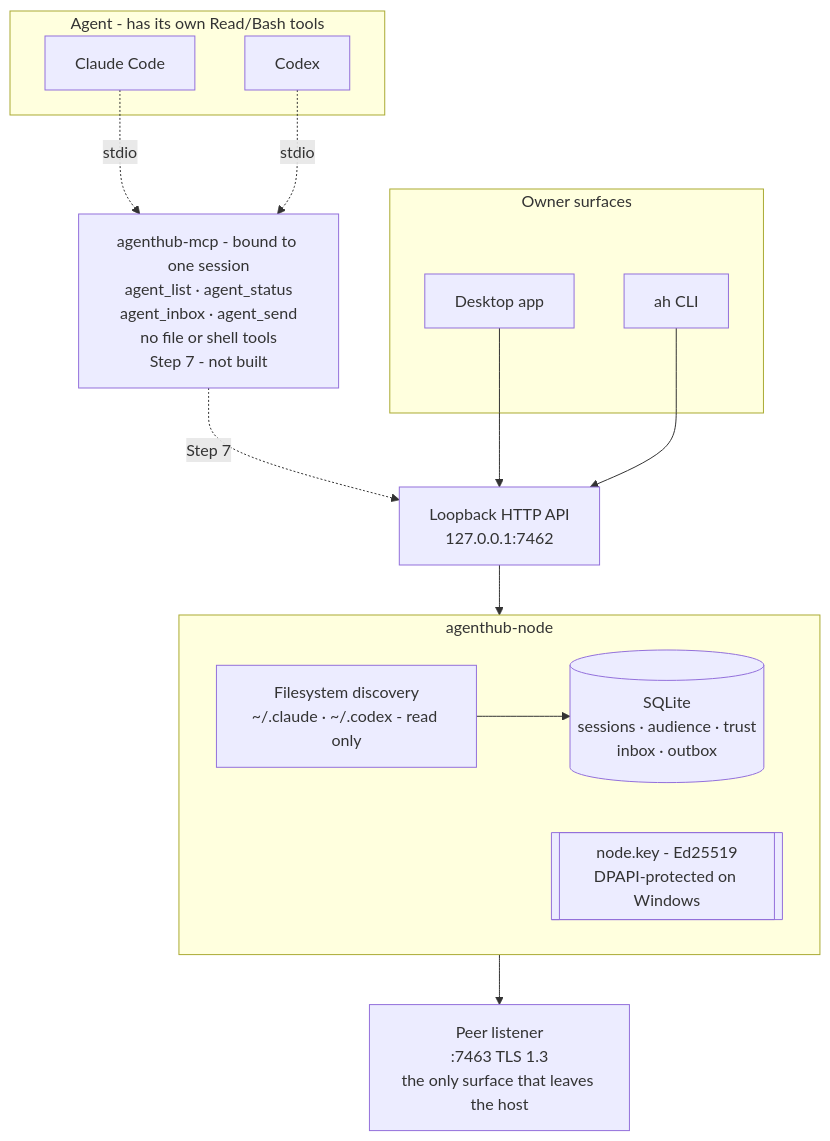
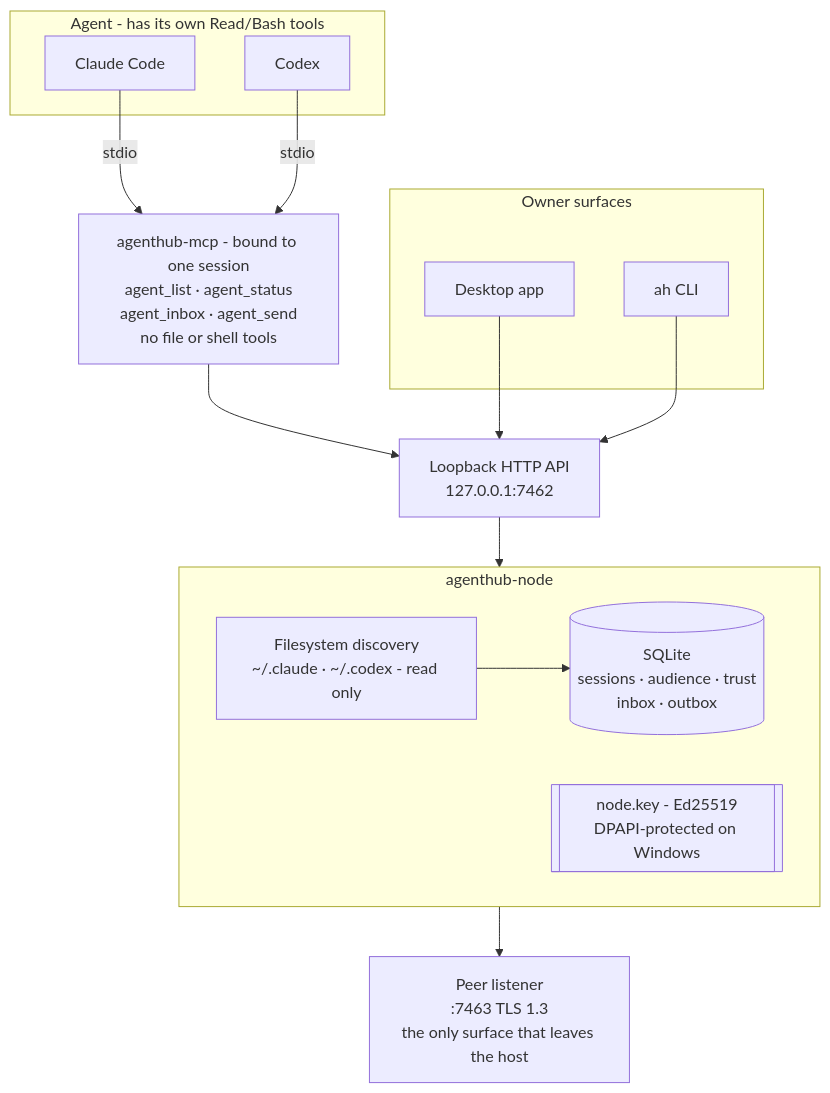
The first of 2 diagrams in docs/architecture.md (SheldonChangL/agenthub), drawn with Mermaid before and after one commit. The commit also changed other lines of this file and 5 other files, not shown here.

First line of the commit message:
fix(mcp): a peer omitting one field could pose as the owner's own machine

````diff
--- a/docs/architecture.md
+++ b/docs/architecture.md
@@ -11,33 +11,33 @@
 ```mermaid
 flowchart TB
     subgraph Agent["Agent - has its own Read/Bash tools"]
         Claude[Claude Code]
         Codex[Codex]
     end
 
     subgraph Client["Owner surfaces"]
         Desktop[Desktop app]
         CLI[ah CLI]
     end
 
-    MCP["agenthub-mcp - bound to one session<br/>agent_list · agent_status<br/>agent_inbox · agent_send<br/>no file or shell tools<br/>Step 7 - not built"]
+    MCP["agenthub-mcp - bound to one session<br/>agent_list · agent_status<br/>agent_inbox · agent_send<br/>no file or shell tools"]
 
     API["Loopback HTTP API<br/>127.0.0.1:7462"]
 
     subgraph Node["agenthub-node"]
         Registry[("SQLite<br/>sessions · audience · trust<br/>inbox · outbox")]
         Key[["node.key - Ed25519<br/>DPAPI-protected on Windows"]]
         Scan["Filesystem discovery<br/>~/.claude · ~/.codex - read only"]
     end
 
     Peer["Peer listener<br/>:7463 TLS 1.3<br/>the only surface that leaves the host"]
 
-    Claude -. stdio .-> MCP
-    Codex -. stdio .-> MCP
-    MCP -. Step 7 .-> API
+    Claude -- stdio --> MCP
+    Codex -- stdio --> MCP
+    MCP --> API
     Desktop --> API
     CLI --> API
     API --> Node
     Scan --> Registry
     Node --> Peer
 ```
````
